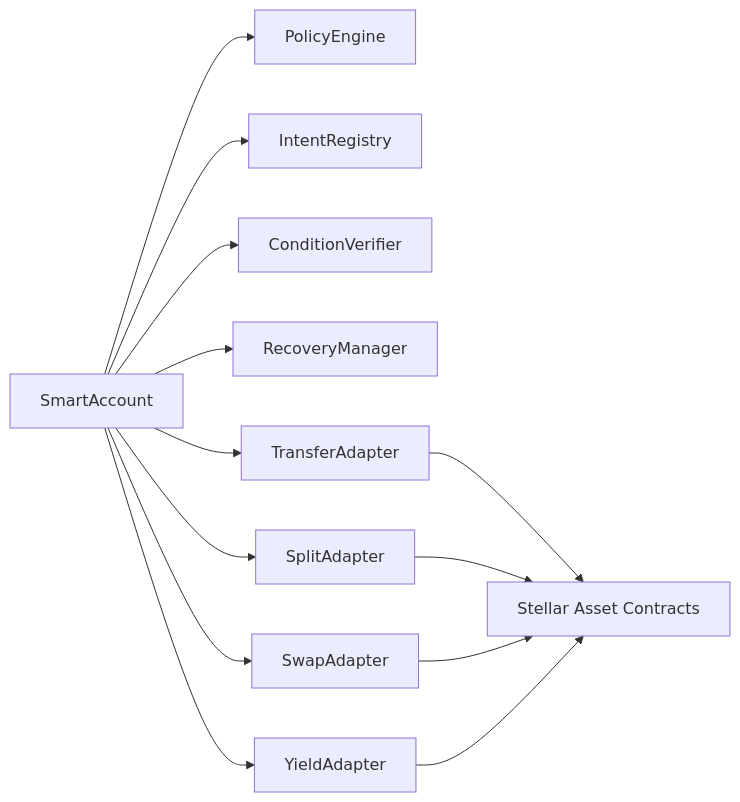
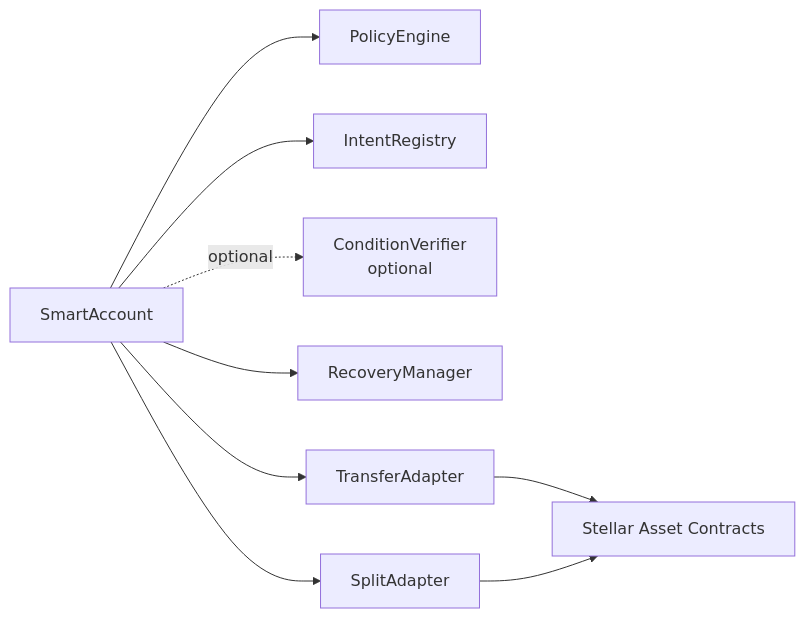
The fifth of 14 diagrams in docs/TECHNICAL_ARCHITECTURE.md (Frihat-dev/smart-wallet-stellar), drawn with Mermaid before and after one commit. The commit also changed other lines of this file, not shown here.

Commit message:
docs: align technical architecture with launch scope

````diff
--- a/docs/TECHNICAL_ARCHITECTURE.md
+++ b/docs/TECHNICAL_ARCHITECTURE.md
@@ -605,26 +597,20 @@
 ```mermaid
 flowchart LR
     SA["SmartAccount"]
     PE["PolicyEngine"]
     IR["IntentRegistry"]
-    CV["ConditionVerifier"]
+    CV["ConditionVerifier<br/>optional"]
     RM["RecoveryManager"]
     TRANSFER["TransferAdapter"]
     SPLIT["SplitAdapter"]
-    SWAP["SwapAdapter"]
-    YIELD["YieldAdapter"]
     SAC["Stellar Asset Contracts"]
 
     SA --> PE
     SA --> IR
-    SA --> CV
+    SA -. optional .-> CV
     SA --> RM
     SA --> TRANSFER
     SA --> SPLIT
-    SA --> SWAP
-    SA --> YIELD
     TRANSFER --> SAC
     SPLIT --> SAC
-    SWAP --> SAC
-    YIELD --> SAC
 ```
````
